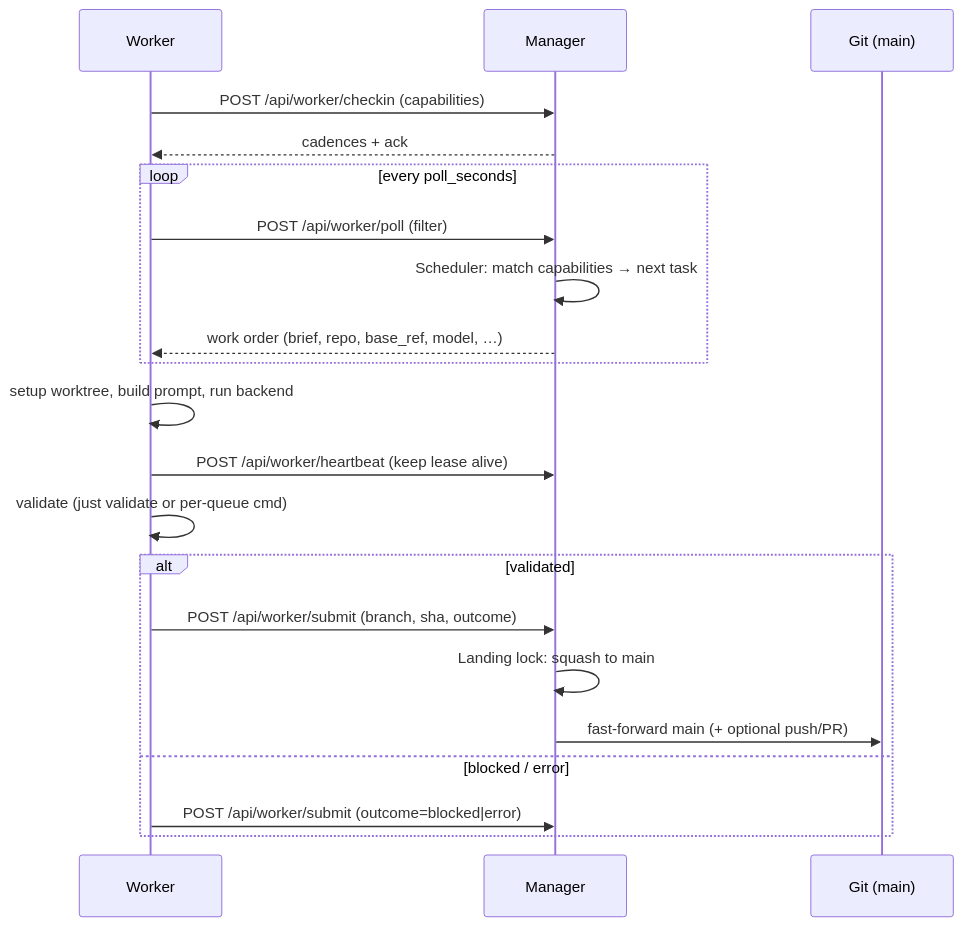
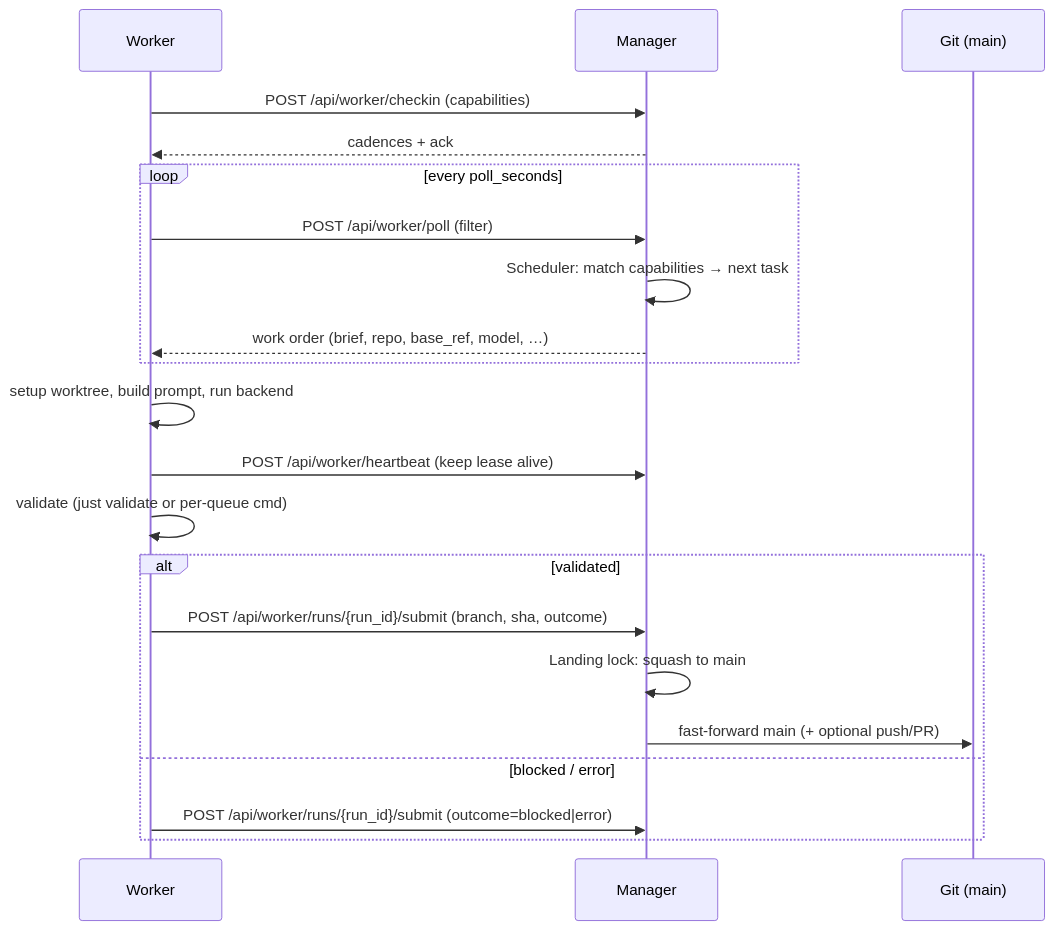
One commit to digital-rain/nightshift changed the second of 2 diagrams in ARCHITECTURE.md. Above: the diagram before and after it, drawn with Mermaid. The commit also changed other lines of this file and 4 other files, not shown here.

Commit message:
docs: refresh README, ARCHITECTURE, and user docs for public release

````diff
--- a/ARCHITECTURE.md
+++ b/ARCHITECTURE.md
@@ -55,27 +78,27 @@
 ```mermaid
 sequenceDiagram
   participant W as Worker
   participant M as Manager
   participant G as Git (main)
 
   W->>M: POST /api/worker/checkin (capabilities)
   M-->>W: cadences + ack
 
   loop every poll_seconds
     W->>M: POST /api/worker/poll (filter)
     M->>M: Scheduler: match capabilities → next task
     M-->>W: work order (brief, repo, base_ref, model, …)
   end
 
   W->>W: setup worktree, build prompt, run backend
   W->>M: POST /api/worker/heartbeat (keep lease alive)
   W->>W: validate (just validate or per-queue cmd)
 
   alt validated
-    W->>M: POST /api/worker/submit (branch, sha, outcome)
+    W->>M: POST /api/worker/runs/{run_id}/submit (branch, sha, outcome)
     M->>M: Landing lock: squash to main
     M->>G: fast-forward main (+ optional push/PR)
   else blocked / error
-    W->>M: POST /api/worker/submit (outcome=blocked|error)
+    W->>M: POST /api/worker/runs/{run_id}/submit (outcome=blocked|error)
   end
 ```
````
